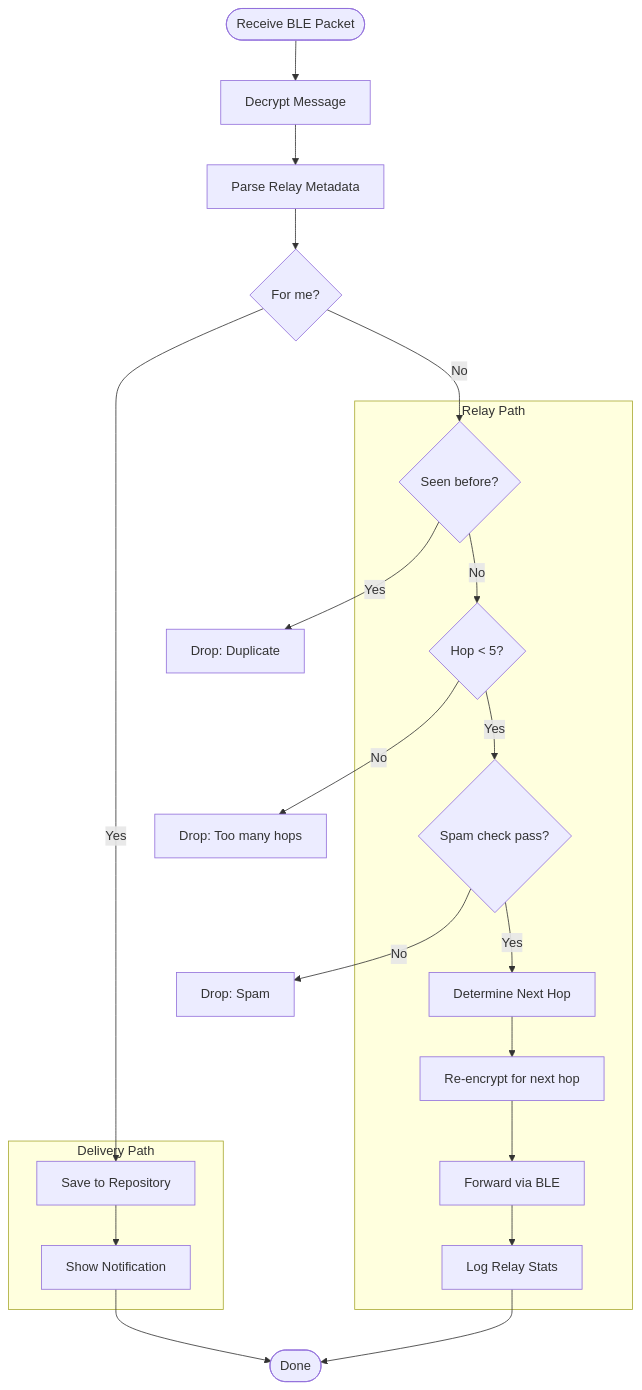
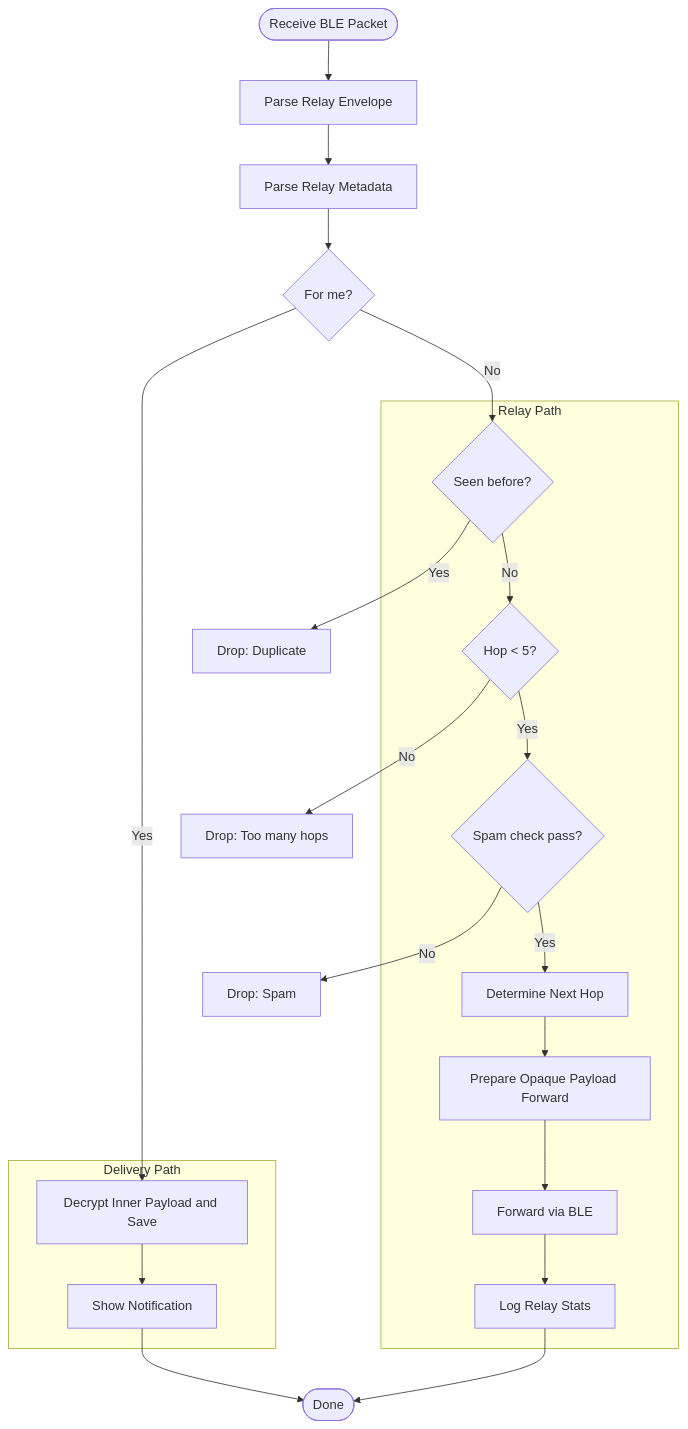
Before and after one commit to AbubakarMahmood1/pak_connect_final: the second of 6 diagrams in docs/srs/09-activity-statemachine-diagrams.md, drawn with Mermaid. The commit also changed other lines of this file and 27 other files, not shown here.

````diff
--- a/docs/srs/09-activity-statemachine-diagrams.md
+++ b/docs/srs/09-activity-statemachine-diagrams.md
@@ -182,33 +183,33 @@
 ```mermaid
 flowchart TD
     Start([Receive BLE Packet])
-    Decrypt[Decrypt Message]
+    Decrypt[Parse Relay Envelope]
     Parse[Parse Relay Metadata]
     CheckSelf{For me?}
 
     subgraph Delivery Path
-        SaveRepo[Save to Repository]
+        SaveRepo[Decrypt Inner Payload and Save]
         NotifyUser[Show Notification]
     end
 
     subgraph Relay Path
         CheckDup{Seen before?}
         CheckHop{Hop < 5?}
         CheckSpam{Spam check pass?}
         Route[Determine Next Hop]
-        Reencrypt[Re-encrypt for next hop]
+        Reencrypt[Prepare Opaque Payload Forward]
         Forward[Forward via BLE]
         LogRelay[Log Relay Stats]
     end
 
     Start --> Decrypt --> Parse --> CheckSelf
     CheckSelf -->|Yes| SaveRepo --> NotifyUser --> End([Done])
     CheckSelf -->|No| CheckDup
     CheckDup -->|Yes| Drop1[Drop: Duplicate]
     CheckDup -->|No| CheckHop
     CheckHop -->|No| Drop2[Drop: Too many hops]
     CheckHop -->|Yes| CheckSpam
     CheckSpam -->|No| Drop3[Drop: Spam]
     CheckSpam -->|Yes| Route
     Route --> Reencrypt --> Forward --> LogRelay --> End
 ```
````
